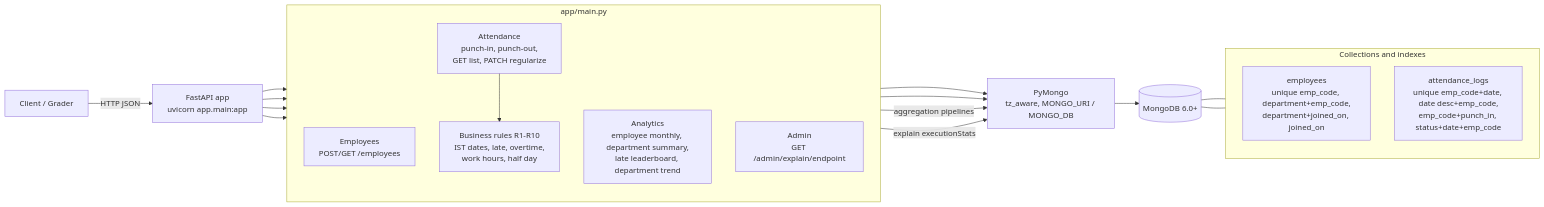
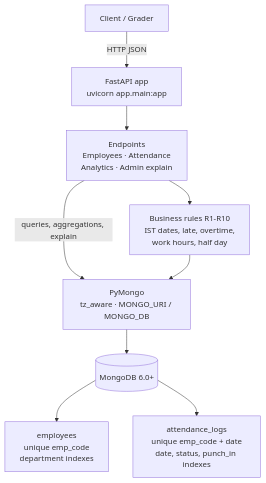
Before and after one commit to jeeva-004/Employee-Attendance-Management-System: the diagram in README.md, drawn with Mermaid. The commit also changed other lines of this file, not shown here.

Commit message:
readme udpated

````diff
--- a/README.md
+++ b/README.md
@@ -7,34 +7,20 @@
 ```mermaid
-flowchart LR
-    Client["Client / Grader"] -->|HTTP JSON| API["FastAPI app<br/>uvicorn app.main:app"]
+flowchart TB
+    A["Client / Grader"]
+    B["FastAPI app<br/>uvicorn app.main:app"]
+    C["Endpoints<br/>Employees · Attendance<br/>Analytics · Admin explain"]
+    D["Business rules R1-R10<br/>IST dates, late, overtime,<br/>work hours, half day"]
+    E["PyMongo<br/>tz_aware · MONGO_URI / MONGO_DB"]
+    F[("MongoDB 6.0+")]
+    G["employees<br/>unique emp_code<br/>department indexes"]
+    H["attendance_logs<br/>unique emp_code + date<br/>date, status, punch_in indexes"]
 
-    subgraph API_LAYER["app/main.py"]
-        direction TB
-        EMP["Employees<br/>POST/GET /employees"]
-        ATT["Attendance<br/>punch-in, punch-out,<br/>GET list, PATCH regularize"]
-        ANA["Analytics<br/>employee monthly, department summary,<br/>late leaderboard, department trend"]
-        ADM["Admin<br/>GET /admin/explain/endpoint"]
-        RULES["Business rules R1-R10<br/>IST dates, late, overtime,<br/>work hours, half day"]
-    end
-
-    API --> EMP
-    API --> ATT
-    API --> ANA
-    API --> ADM
-    ATT --> RULES
-    EMP --> DRV["PyMongo<br/>tz_aware, MONGO_URI / MONGO_DB"]
-    ATT --> DRV
-    ANA -->|aggregation pipelines| DRV
-    ADM -->|explain executionStats| DRV
-
-    DRV --> DB[("MongoDB 6.0+")]
-
-    subgraph DB_LAYER["Collections and indexes"]
-        direction TB
-        C1["employees<br/>unique emp_code, department+emp_code,<br/>department+joined_on, joined_on"]
-        C2["attendance_logs<br/>unique emp_code+date, date desc+emp_code,<br/>emp_code+punch_in, status+date+emp_code"]
-    end
-
-    DB --- C1
-    DB --- C2
+    A -->|HTTP JSON| B
+    B --> C
+    C --> D
+    C -->|"queries, aggregations, explain"| E
+    D --> E
+    E --> F
+    F --> G
+    F --> H
 ```
````
